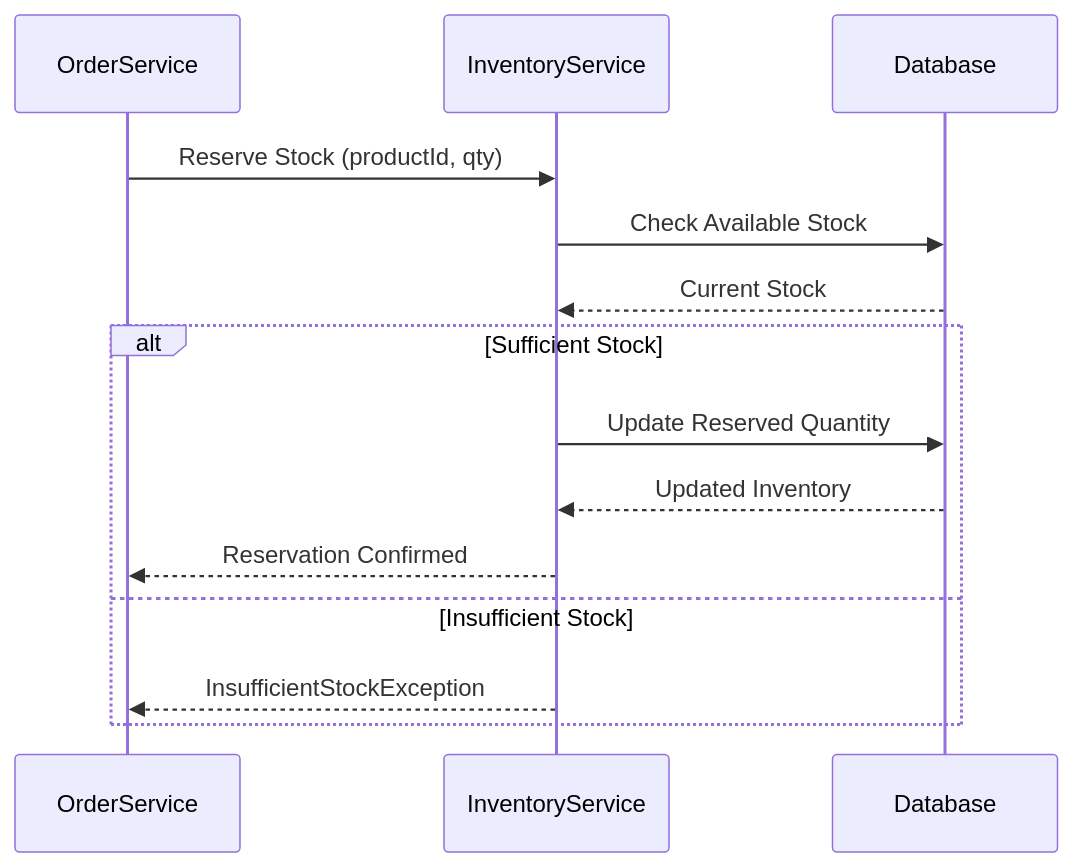
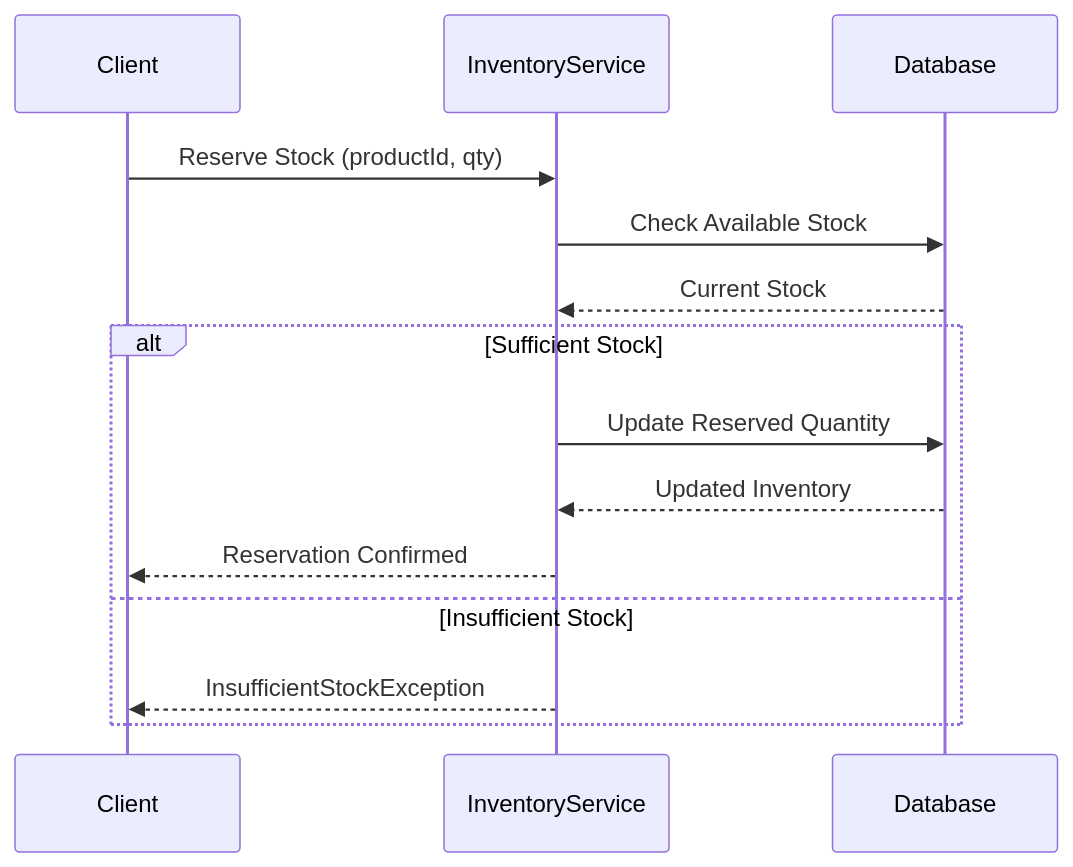
One commit to dbortoluzzi/corep-cloud-product-catalog changed the third of 5 diagrams in USE_CASE.md. Above: the diagram before and after it, drawn with Mermaid. The commit also changed other lines of this file, not shown here.

Commit message:
Update workflows: replace OrderService with Client in diagrams

````diff
--- a/USE_CASE.md
+++ b/USE_CASE.md
@@ -280,17 +280,17 @@
 ```mermaid
 sequenceDiagram
-    participant OrderService
+    participant Client
     participant InventoryService
     participant Database
 
-    OrderService->>InventoryService: Reserve Stock (productId, qty)
+    Client->>InventoryService: Reserve Stock (productId, qty)
     InventoryService->>Database: Check Available Stock
     Database-->>InventoryService: Current Stock
     alt Sufficient Stock
         InventoryService->>Database: Update Reserved Quantity
         Database-->>InventoryService: Updated Inventory
-        InventoryService-->>OrderService: Reservation Confirmed
+        InventoryService-->>Client: Reservation Confirmed
     else Insufficient Stock
-        InventoryService-->>OrderService: InsufficientStockException
+        InventoryService-->>Client: InsufficientStockException
     end
 ```
````
